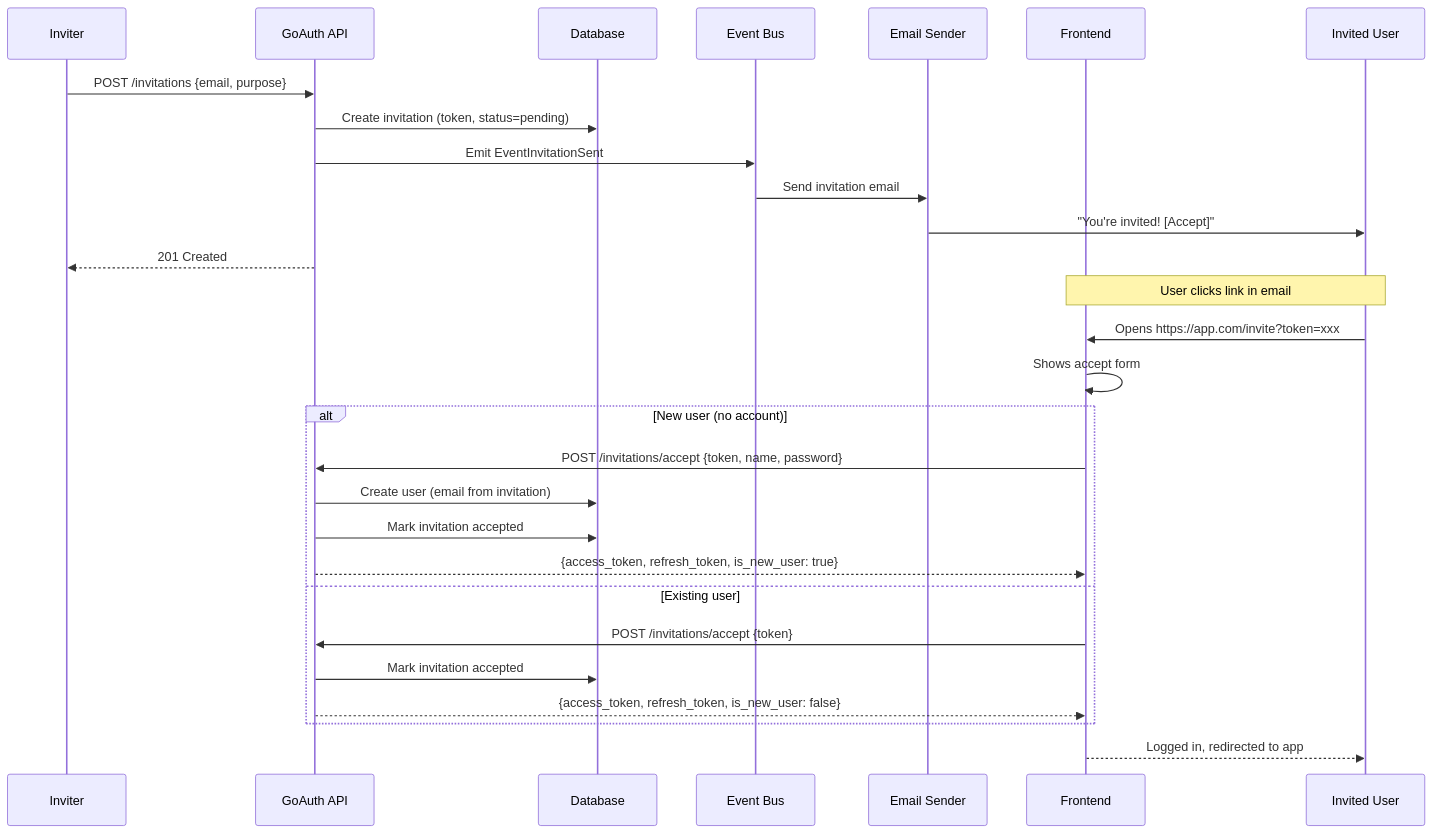
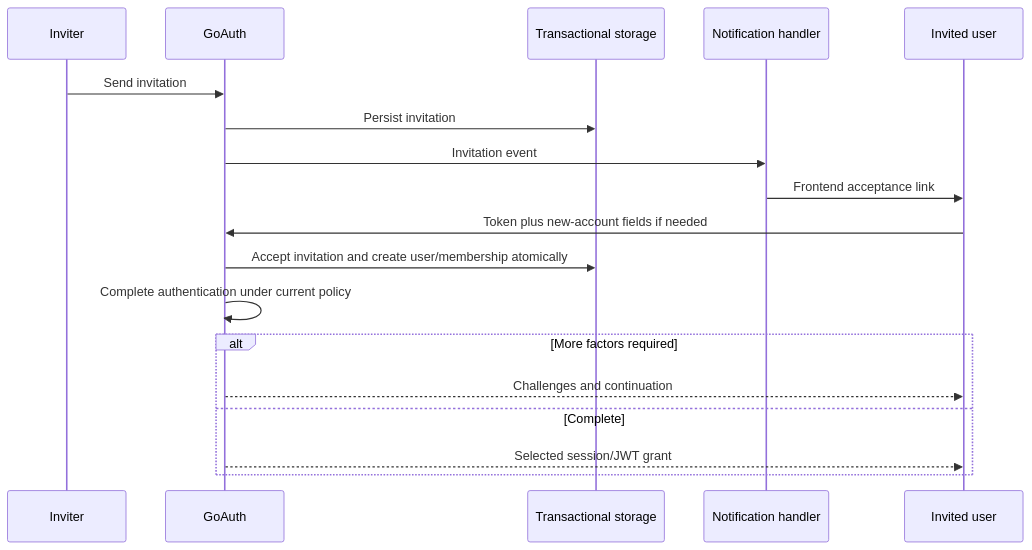
One commit to bete7512/goauth changed the sixth of 7 diagrams in docs/docs/architecture.md. Above: the diagram before and after it, drawn with Mermaid. The commit also changed other lines of this file and 346 other files, not shown here.

First line of the commit message:
Refactor two-factor authentication and invitation tests; enhance OAuth flow handling

````diff
--- a/docs/docs/architecture.md
+++ b/docs/docs/architecture.md
@@ -344,35 +176,20 @@
 ```mermaid
 sequenceDiagram
-    participant Admin as Inviter
-    participant API as GoAuth API
-    participant DB as Database
-    participant EB as Event Bus
-    participant Email as Email Sender
-    participant FE as Frontend
-    participant User as Invited User
-
-    Admin->>API: POST /invitations {email, purpose}
-    API->>DB: Create invitation (token, status=pending)
-    API->>EB: Emit EventInvitationSent
-    EB->>Email: Send invitation email
-    Email->>User: "You're invited! [Accept]"
-    API-->>Admin: 201 Created
-
-    Note over User,FE: User clicks link in email
-
-    User->>FE: Opens https://app.com/invite?token=xxx
-    FE->>FE: Shows accept form
-
-    alt New user (no account)
-        FE->>API: POST /invitations/accept {token, name, password}
-        API->>DB: Create user (email from invitation)
-        API->>DB: Mark invitation accepted
-        API-->>FE: {access_token, refresh_token, is_new_user: true}
-    else Existing user
-        FE->>API: POST /invitations/accept {token}
-        API->>DB: Mark invitation accepted
-        API-->>FE: {access_token, refresh_token, is_new_user: false}
+    participant Inviter
+    participant API as GoAuth
+    participant Store as Transactional storage
+    participant Delivery as Notification handler
+    participant User as Invited user
+    Inviter->>API: Send invitation
+    API->>Store: Persist invitation
+    API->>Delivery: Invitation event
+    Delivery->>User: Frontend acceptance link
+    User->>API: Token plus new-account fields if needed
+    API->>Store: Accept invitation and create user/membership atomically
+    API->>API: Complete authentication under current policy
+    alt More factors required
+        API-->>User: Challenges and continuation
+    else Complete
+        API-->>User: Selected session/JWT grant
     end
-
-    FE-->>User: Logged in, redirected to app
 ```
````
